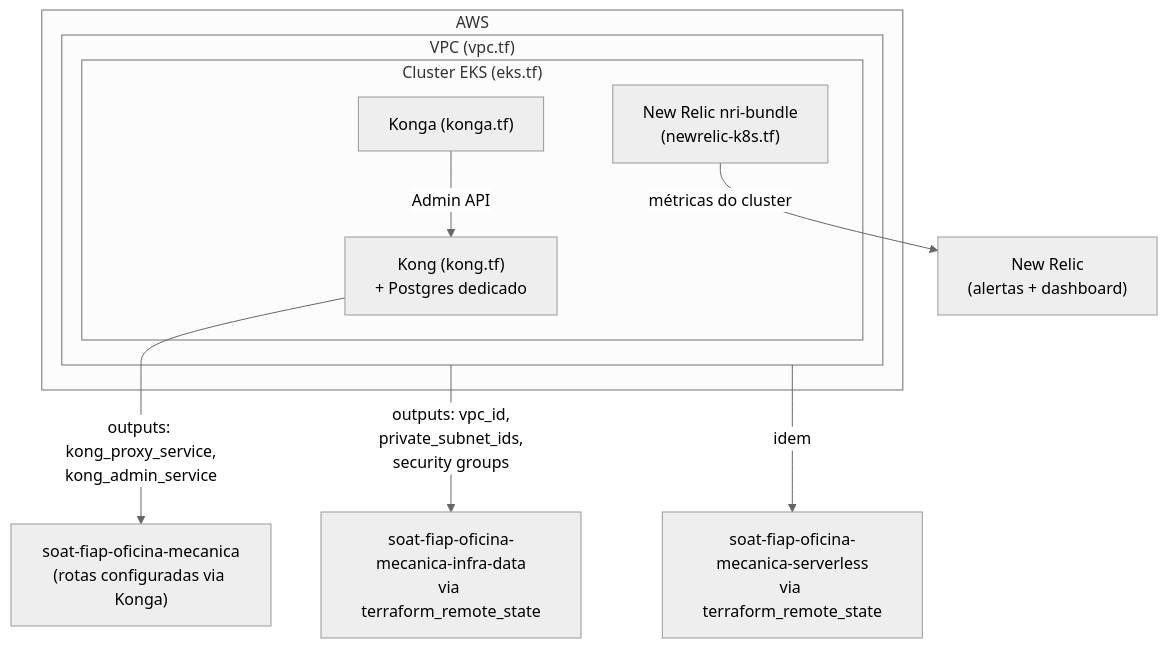
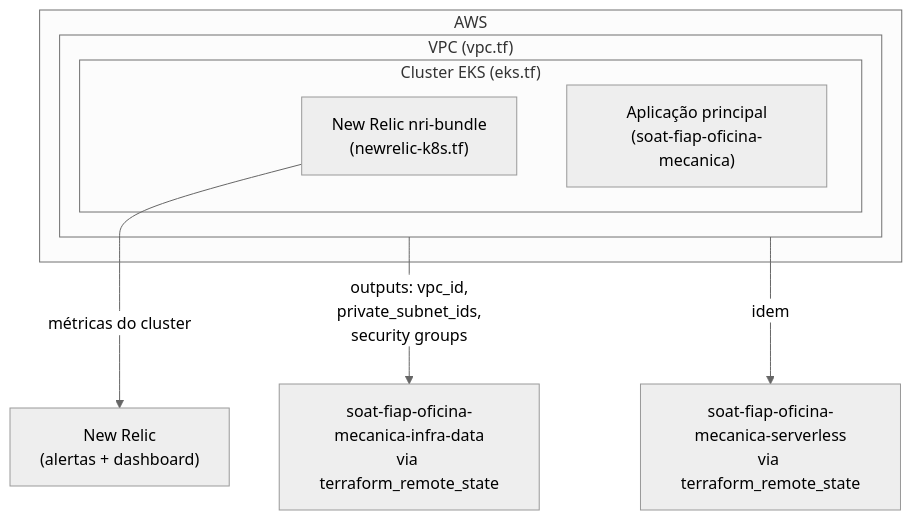
Before and after one commit to arodri19/soat-fiap-oficina-mecanica-infra-kube: the diagram in README.md, drawn with Mermaid (neutral theme). The commit also changed other lines of this file and 10 other files, not shown here.

First line of the commit message:
refactor: remove Kong/Konga — API Gateway agora é AWS API Gateway (repositório serverless)

````diff
--- a/README.md
+++ b/README.md
@@ -7,20 +7,17 @@
 ```mermaid
 flowchart TB
     subgraph AWS["AWS"]
         subgraph VPC["VPC (vpc.tf)"]
             subgraph EKS["Cluster EKS (eks.tf)"]
-                kong["Kong (kong.tf)<br/>+ Postgres dedicado"]
-                konga["Konga (konga.tf)"]
                 nr["New Relic nri-bundle<br/>(newrelic-k8s.tf)"]
+                app["Aplicação principal<br/>(soat-fiap-oficina-mecanica)"]
             end
         end
     end
     nrcloud["New Relic<br/>(alertas + dashboard)"]
 
-    konga -->|Admin API| kong
     nr -->|métricas do cluster| nrcloud
-    kong -->|outputs: kong_proxy_service,<br/>kong_admin_service| appRepo["soat-fiap-oficina-mecanica<br/>(rotas configuradas via Konga)"]
 
     VPC -->|outputs: vpc_id,<br/>private_subnet_ids,<br/>security groups| dataRepo["soat-fiap-oficina-mecanica-infra-data<br/>via terraform_remote_state"]
     VPC -->|idem| serverlessRepo["soat-fiap-oficina-mecanica-serverless<br/>via terraform_remote_state"]
 ```
````
